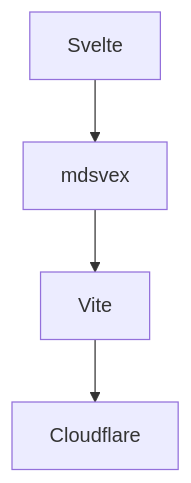
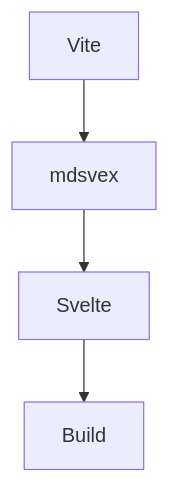
Before and after one commit to ZhiJingHub/SvelteKit-blog: the diagram in src/content/posts/hello-world/index.md, drawn with Mermaid. The commit also changed other lines of this file, not shown here.

````diff
--- a/src/content/posts/hello-world/index.md
+++ b/src/content/posts/hello-world/index.md
@@ -205,6 +227,6 @@
 ```mermaid
 graph TD
-  A[Svelte] --> B[mdsvex]
-  B --> C[Vite]
-  C --> D[Cloudflare]
+    A[Vite] --> B[mdsvex]
+    B --> C[Svelte]
+    C --> D[Build]
 ```
````
